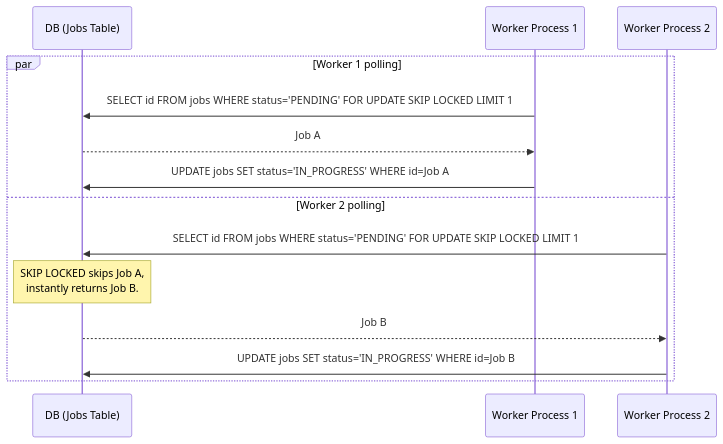
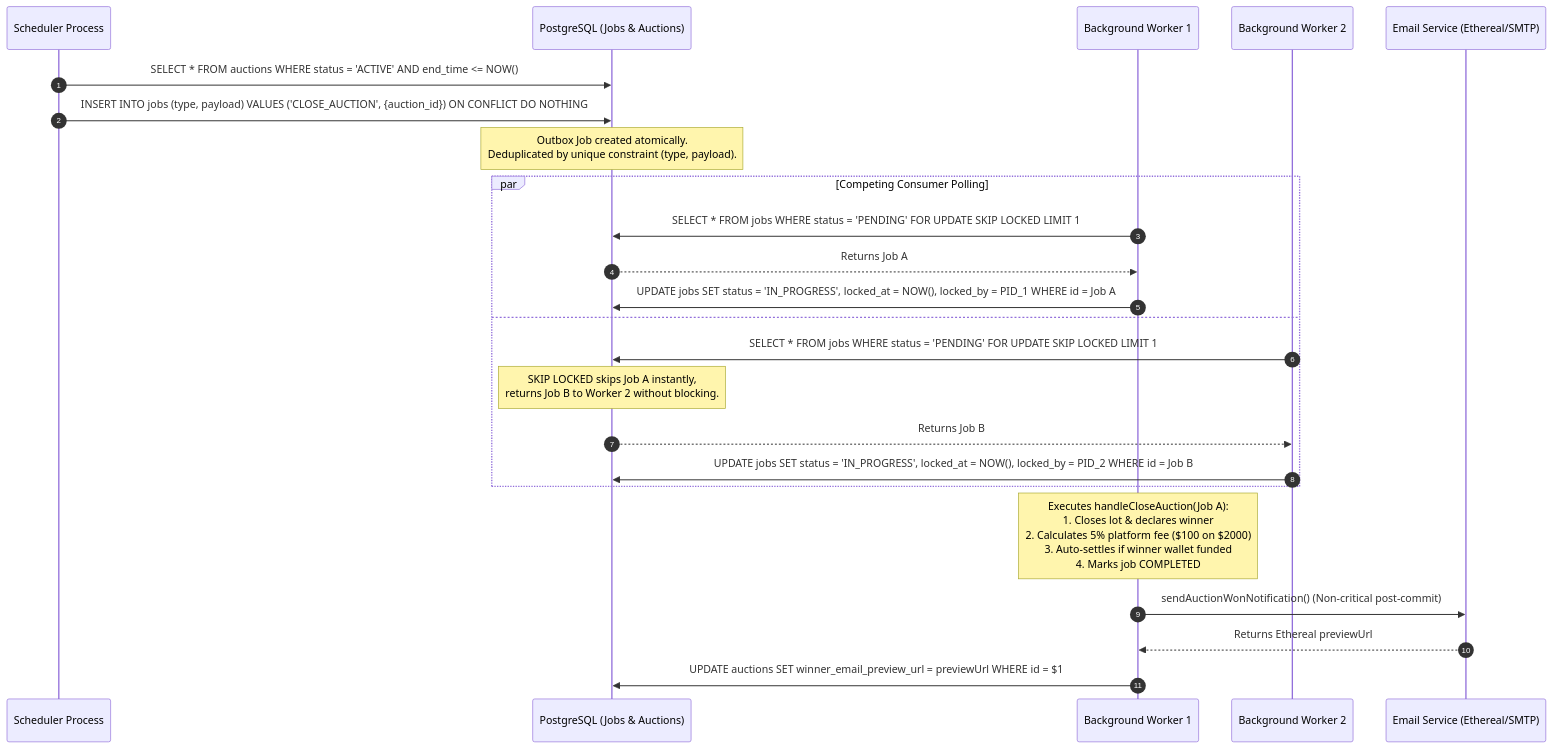
Before and after one commit to 23abhishek2024/auctionloom: the fourth of 6 diagrams in bidding_system_hld.md, drawn with Mermaid. The commit also changed other lines of this file and 8 other files, not shown here.

````diff
--- a/bidding_system_hld.md
+++ b/bidding_system_hld.md
@@ -214,17 +370,30 @@
 ```mermaid
 sequenceDiagram
-    participant DB as DB (Jobs Table)
-    participant W1 as Worker Process 1
-    participant W2 as Worker Process 2
+    autonumber
+    participant Cron as Scheduler Process
+    participant DB as PostgreSQL (Jobs & Auctions)
+    participant Worker1 as Background Worker 1
+    participant Worker2 as Background Worker 2
+    participant Email as Email Service (Ethereal/SMTP)
 
-    par Worker 1 polling
-        W1->>DB: SELECT id FROM jobs WHERE status='PENDING' FOR UPDATE SKIP LOCKED LIMIT 1
-        DB-->>W1: Job A
-        W1->>DB: UPDATE jobs SET status='IN_PROGRESS' WHERE id=Job A
-    and Worker 2 polling
-        W2->>DB: SELECT id FROM jobs WHERE status='PENDING' FOR UPDATE SKIP LOCKED LIMIT 1
-        Note over DB: SKIP LOCKED skips Job A,<br/>instantly returns Job B.
-        DB-->>W2: Job B
-        W2->>DB: UPDATE jobs SET status='IN_PROGRESS' WHERE id=Job B
+    Cron->>DB: SELECT * FROM auctions WHERE status = 'ACTIVE' AND end_time <= NOW()
+    Cron->>DB: INSERT INTO jobs (type, payload) VALUES ('CLOSE_AUCTION', {auction_id}) ON CONFLICT DO NOTHING
+    Note over DB: Outbox Job created atomically.<br/>Deduplicated by unique constraint (type, payload).
+
+    par Competing Consumer Polling
+        Worker1->>DB: SELECT * FROM jobs WHERE status = 'PENDING' FOR UPDATE SKIP LOCKED LIMIT 1
+        DB-->>Worker1: Returns Job A
+        Worker1->>DB: UPDATE jobs SET status = 'IN_PROGRESS', locked_at = NOW(), locked_by = PID_1 WHERE id = Job A
+    and
+        Worker2->>DB: SELECT * FROM jobs WHERE status = 'PENDING' FOR UPDATE SKIP LOCKED LIMIT 1
+        Note over DB: SKIP LOCKED skips Job A instantly,<br/>returns Job B to Worker 2 without blocking.
+        DB-->>Worker2: Returns Job B
+        Worker2->>DB: UPDATE jobs SET status = 'IN_PROGRESS', locked_at = NOW(), locked_by = PID_2 WHERE id = Job B
     end
+
+    Note over Worker1: Executes handleCloseAuction(Job A):<br/>1. Closes lot & declares winner<br/>2. Calculates 5% platform fee ($100 on $2000)<br/>3. Auto-settles if winner wallet funded<br/>4. Marks job COMPLETED
+
+    Worker1->>Email: sendAuctionWonNotification() (Non-critical post-commit)
+    Email-->>Worker1: Returns Ethereal previewUrl
+    Worker1->>DB: UPDATE auctions SET winner_email_preview_url = previewUrl WHERE id = $1
 ```
````
